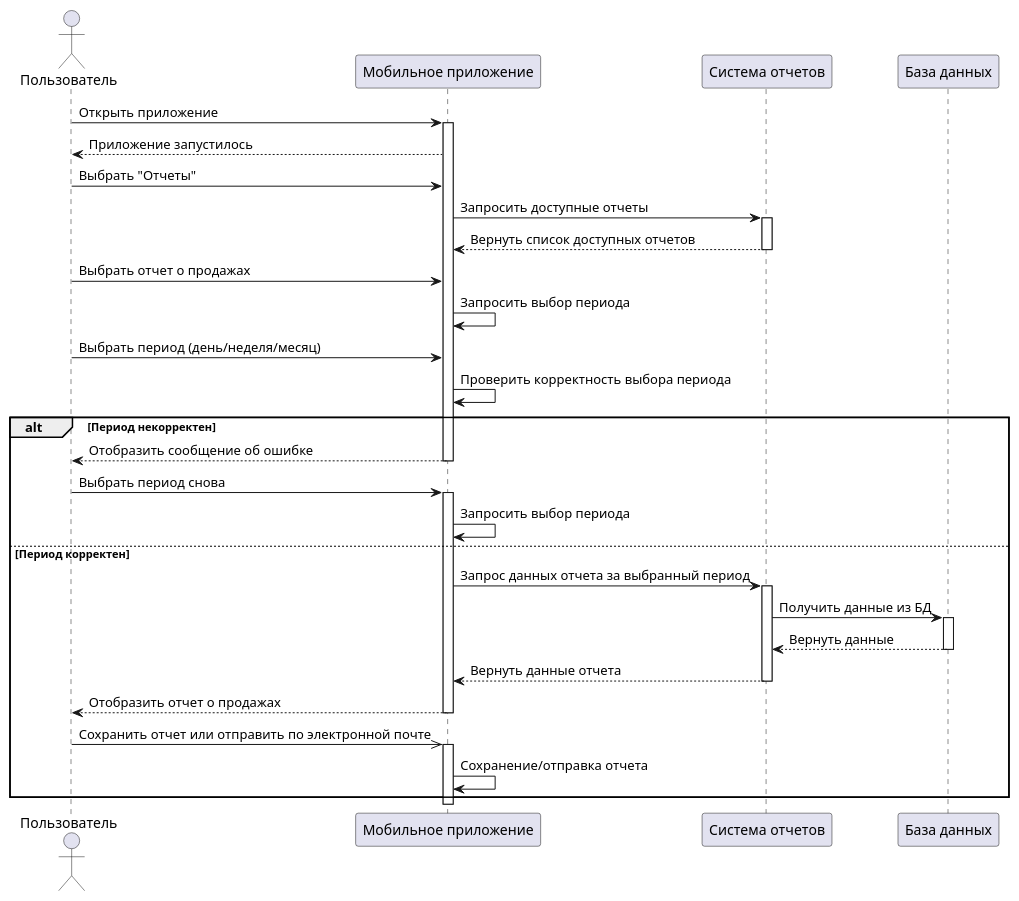
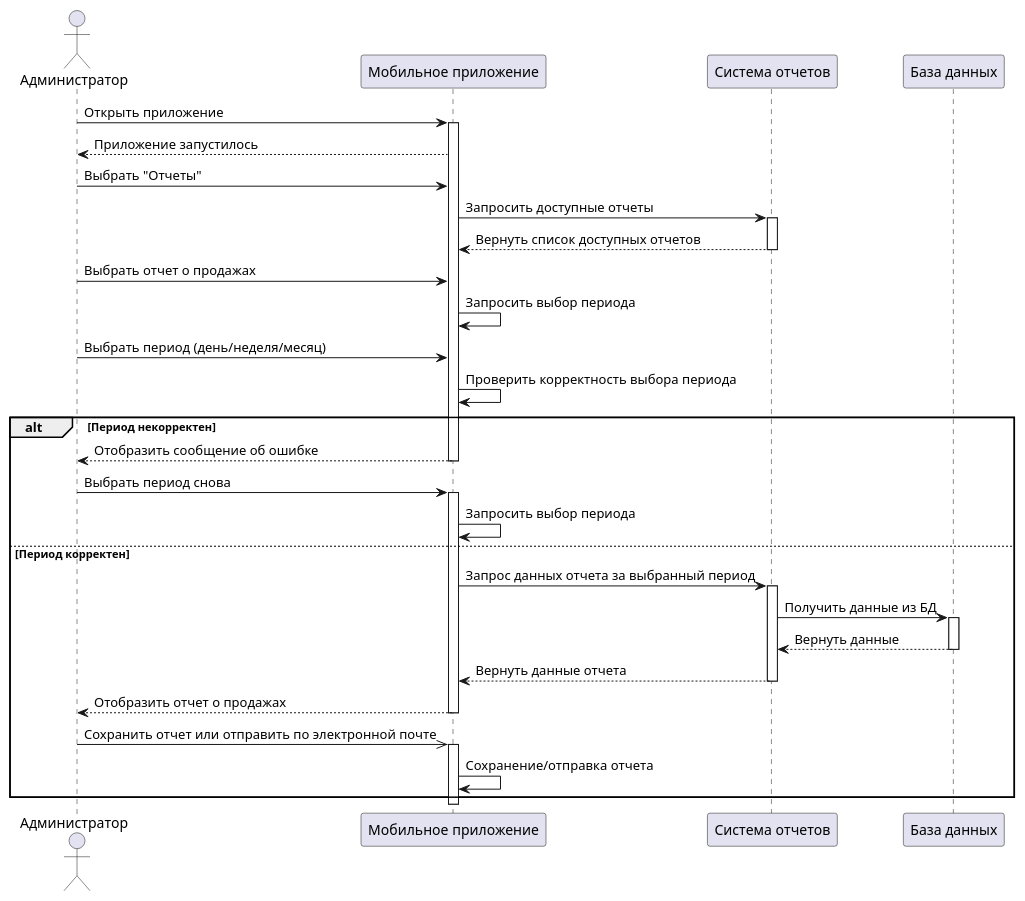
Before and after one commit to Towich/PlantUML: the diagram in Restaurant/sequence_sales_report.wsd, drawn with PlantUML. The commit also changed 4 other files, not shown here.

Commit message:
5 new diagrams

```diff
--- a/Restaurant/sequence_sales_report.wsd
+++ b/Restaurant/sequence_sales_report.wsd
@@ -1,44 +1,44 @@
 @startuml
-actor Пользователь
+actor Администратор
 participant "Мобильное приложение" as App
 participant "Система отчетов" as ReportSystem
 participant "База данных" as Database
 
-Пользователь -> App: Открыть приложение
+Администратор -> App: Открыть приложение
 activate App
-App --> Пользователь: Приложение запустилось
-Пользователь -> App: Выбрать "Отчеты"
+App --> Администратор: Приложение запустилось
+Администратор -> App: Выбрать "Отчеты"
 App -> ReportSystem: Запросить доступные отчеты
 activate ReportSystem
 ReportSystem --> App: Вернуть список доступных отчетов
 deactivate ReportSystem
-Пользователь -> App: Выбрать отчет о продажах
+Администратор -> App: Выбрать отчет о продажах
 App -> App: Запросить выбор периода
-Пользователь -> App: Выбрать период (день/неделя/месяц)
+Администратор -> App: Выбрать период (день/неделя/месяц)
 App -> App: Проверить корректность выбора периода
 
 alt Период некорректен
-  App --> Пользователь: Отобразить сообщение об ошибке
+  App --> Администратор: Отобразить сообщение об ошибке
   deactivate App
-  Пользователь -> App: Выбрать период снова
+  Администратор -> App: Выбрать период снова
   activate App
 
   App -> App: Запросить выбор периода
 else Период корректен
   App -> ReportSystem: Запрос данных отчета за выбранный период
   activate ReportSystem
   ReportSystem -> Database: Получить данные из БД
   activate Database
   Database --> ReportSystem: Вернуть данные
   deactivate Database
   ReportSystem --> App: Вернуть данные отчета
   deactivate ReportSystem
-  App --> Пользователь: Отобразить отчет о продажах
+  App --> Администратор: Отобразить отчет о продажах
   deactivate App
-  Пользователь ->> App: Сохранить отчет или отправить по электронной почте
+  Администратор ->> App: Сохранить отчет или отправить по электронной почте
   activate App
   App -> App: Сохранение/отправка отчета
 end
 deactivate App
 
 @enduml
```
